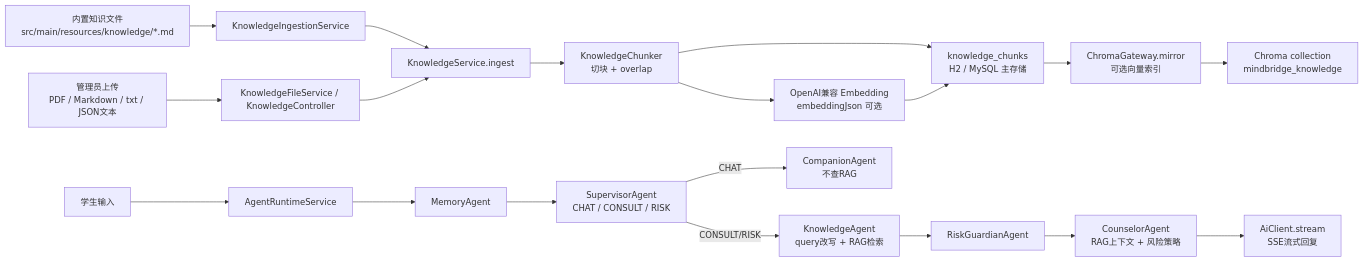
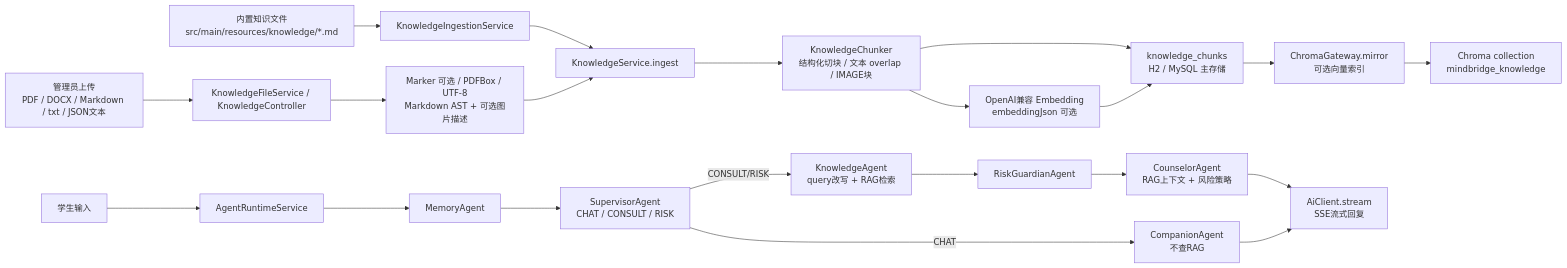
One commit to cccniuniu-hue/Multi-Agent-Psychological-Support-Agent changed the first of 2 diagrams in docs/rag-technical-guide.md. Above: the diagram before and after it, drawn with Mermaid. The commit also changed other lines of this file and 4 other files, not shown here.

````diff
--- a/docs/rag-technical-guide.md
+++ b/docs/rag-technical-guide.md
@@ -24,22 +26,24 @@
 ```mermaid
 flowchart LR
     A["内置知识文件<br/>src/main/resources/knowledge/*.md"] --> B["KnowledgeIngestionService"]
-    C["管理员上传<br/>PDF / Markdown / txt / JSON文本"] --> D["KnowledgeFileService / KnowledgeController"]
+    C["管理员上传<br/>PDF / DOCX / Markdown / txt / JSON文本"] --> D["KnowledgeFileService / KnowledgeController"]
+    D --> Parse["Marker 可选 / PDFBox / UTF-8<br/>Markdown AST + 可选图片描述"]
     B --> E["KnowledgeService.ingest"]
-    D --> E
-    E --> F["KnowledgeChunker<br/>切块 + overlap"]
+    Parse --> E
+    E --> F["KnowledgeChunker<br/>结构化切块 / 文本 overlap / IMAGE块"]
     F --> G["knowledge_chunks<br/>H2 / MySQL 主存储"]
     F --> H["OpenAI兼容 Embedding<br/>embeddingJson 可选"]
     G --> I["ChromaGateway.mirror<br/>可选向量索引"]
     H --> G
     I --> J["Chroma collection<br/>mindbridge_knowledge"]
 
     K["学生输入"] --> L["AgentRuntimeService"]
     L --> M["MemoryAgent"]
     M --> N["SupervisorAgent<br/>CHAT / CONSULT / RISK"]
     N -->|CHAT| O["CompanionAgent<br/>不查RAG"]
     N -->|CONSULT/RISK| P["KnowledgeAgent<br/>query改写 + RAG检索"]
     P --> Q["RiskGuardianAgent"]
     Q --> R["CounselorAgent<br/>RAG上下文 + 风险策略"]
     R --> S["AiClient.stream<br/>SSE流式回复"]
+    O --> S
 ```
````
